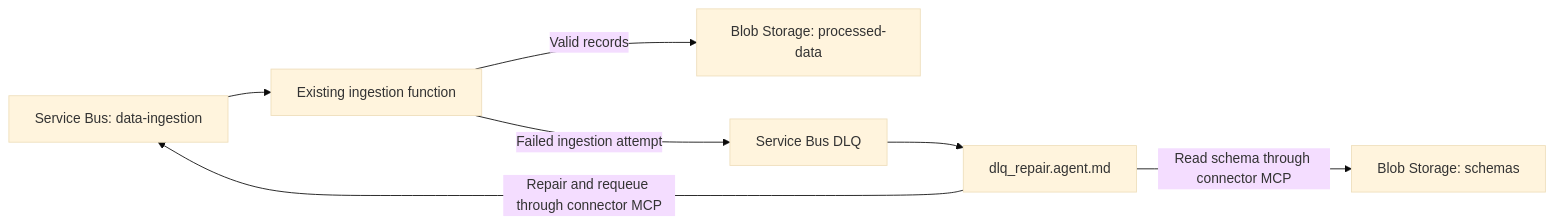
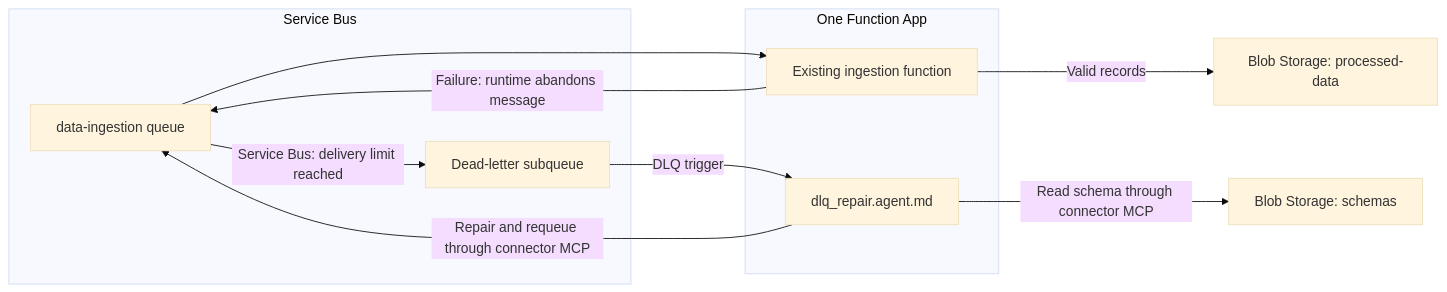
Before and after one commit to MadhuraBharadwaj-MSFT/azure-functions-hosted-skills-delivery-recovery: the diagram in docs/reference.md, drawn with Mermaid (base theme). The commit also changed other lines of this file and 5 other files, not shown here.

Commit message:
Clarify ingestion flow and simplify hosted skill configuration

````diff
--- a/docs/reference.md
+++ b/docs/reference.md
@@ -12,9 +12,18 @@
 ```mermaid
 flowchart LR
-    Q[Service Bus: data-ingestion] --> I[Existing ingestion function]
+    subgraph SB[Service Bus]
+        Q[data-ingestion queue]
+        D[Dead-letter subqueue]
+    end
+    subgraph AF[One Function App]
+        I[Existing ingestion function]
+        S[dlq_repair.agent.md]
+    end
+    Q --> I
     I -->|Valid records| B[Blob Storage: processed-data]
-    I -->|Failed ingestion attempt| D[Service Bus DLQ]
-    D --> S[dlq_repair.agent.md]
+    I -->|Failure: runtime abandons message| Q
+    Q -->|Service Bus: delivery limit reached| D
+    D -->|DLQ trigger| S
     S -->|Read schema through connector MCP| C[Blob Storage: schemas]
     S -->|Repair and requeue through connector MCP| Q
 ```
````
